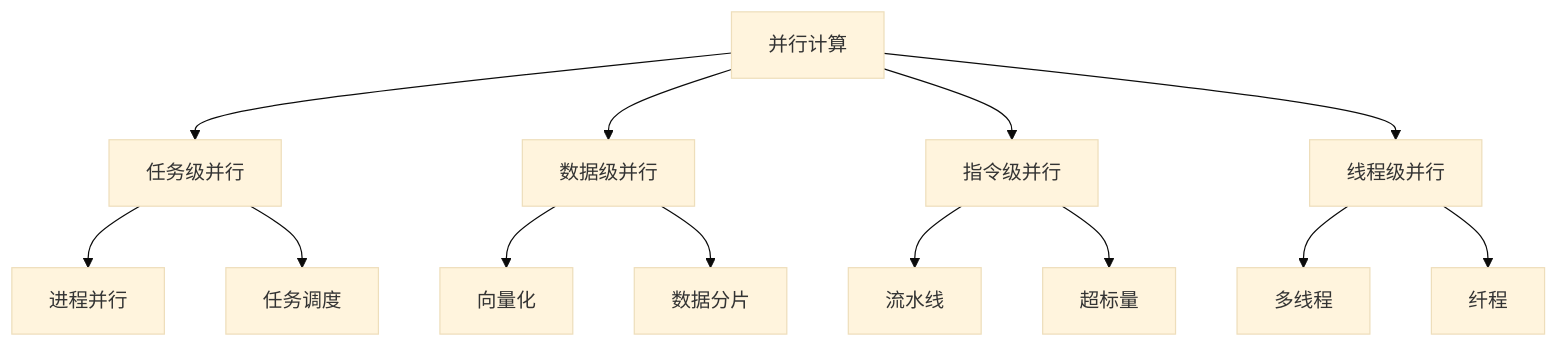
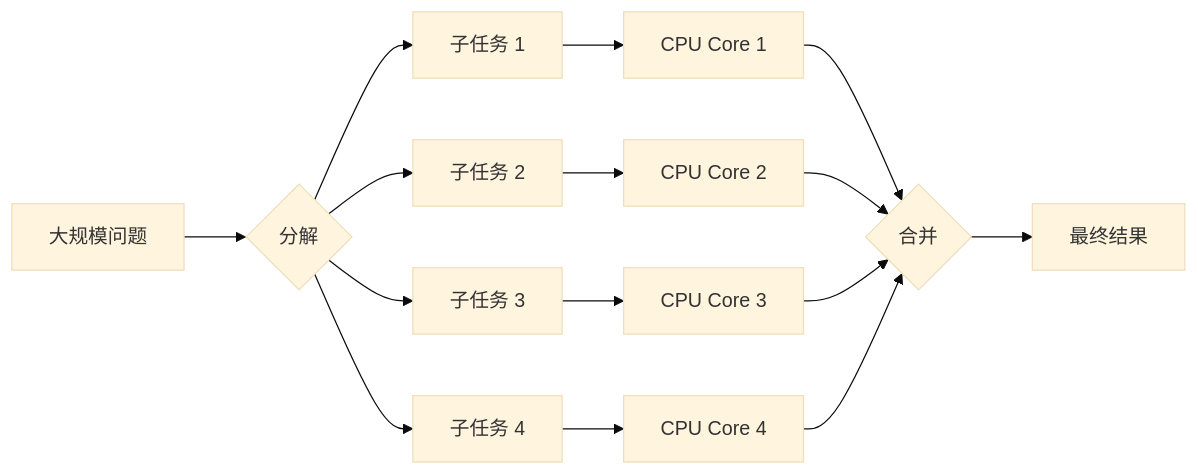
The diagram in 第一章.md (ttkk1024/praccdofhpc), drawn with Mermaid (base theme) before and after one commit. The commit also changed other lines of this file and 13 other files, not shown here.

````diff
--- a/第一章.md
+++ b/第一章.md
@@ -18,19 +42,20 @@
 ```mermaid
-graph TD
-    A[并行计算] --> B[任务级并行]
-    A --> C[数据级并行]
-    A --> D[指令级并行]
-    A --> E[线程级并行]
-
-    B --> B1[进程并行]
-    B --> B2[任务调度]
-
-    C --> C1[向量化]
-    C --> C2[数据分片]
-
-    D --> D1[流水线]
-    D --> D2[超标量]
-
-    E --> E1[多线程]
-    E --> E2[纤程]
+graph LR
+    Input[大规模问题] --> Split{分解}
+    Split --> Task1[子任务 1]
+    Split --> Task2[子任务 2]
+    Split --> Task3[子任务 3]
+    Split --> Task4[子任务 4]
+    
+    Task1 --> CPU1[CPU Core 1]
+    Task2 --> CPU2[CPU Core 2]
+    Task3 --> CPU3[CPU Core 3]
+    Task4 --> CPU4[CPU Core 4]
+    
+    CPU1 --> Merge{合并}
+    CPU2 --> Merge
+    CPU3 --> Merge
+    CPU4 --> Merge
+    
+    Merge --> Output[最终结果]
 ```
````
